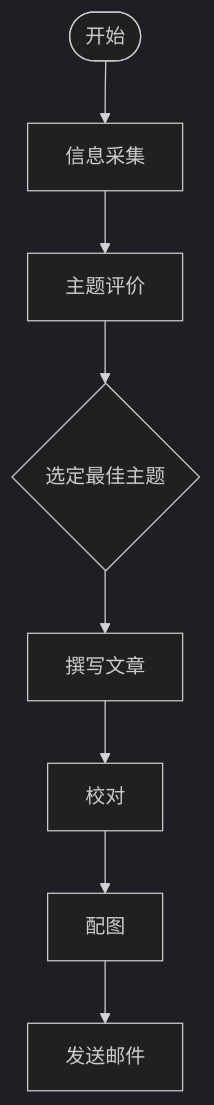
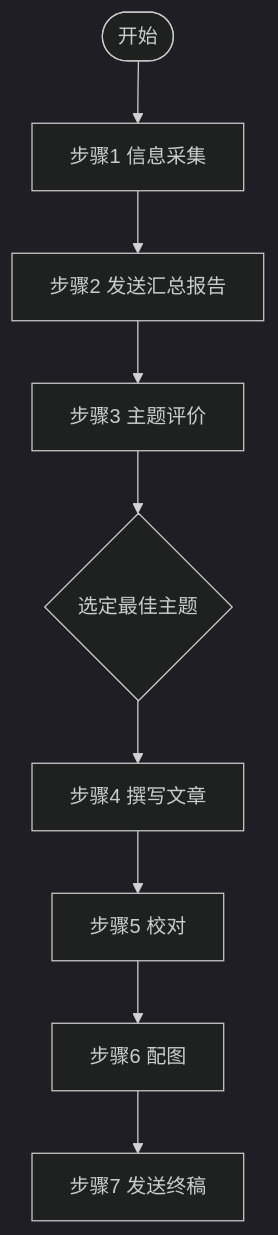
One commit to bruce1977/penbot changed the diagram in workflows/workflow_mp-auto-pipeline.md. Above: the diagram before and after it, drawn with Mermaid (dark theme). The commit also changed other lines of this file and 21 other files, not shown here.

````diff
--- a/workflows/workflow_mp-auto-pipeline.md
+++ b/workflows/workflow_mp-auto-pipeline.md
@@ -23,10 +23,11 @@
 ```mermaid
 flowchart TD
-    S([开始]) --> G[信息采集]
-    G --> C[主题评价]
-    C --> D{选定最佳主题}
-    D --> W[撰写文章]
-    W --> P[校对]
-    P --> I[配图]
-    I --> E[发送邮件]
+    S([开始]) --> S1[步骤1 信息采集]
+    S1 --> S2[步骤2 发送汇总报告]
+    S2 --> S3[步骤3 主题评价]
+    S3 --> D{选定最佳主题}
+    D --> S4[步骤4 撰写文章]
+    S4 --> S5[步骤5 校对]
+    S5 --> S6[步骤6 配图]
+    S6 --> S7[步骤7 发送终稿]
 ```
````
